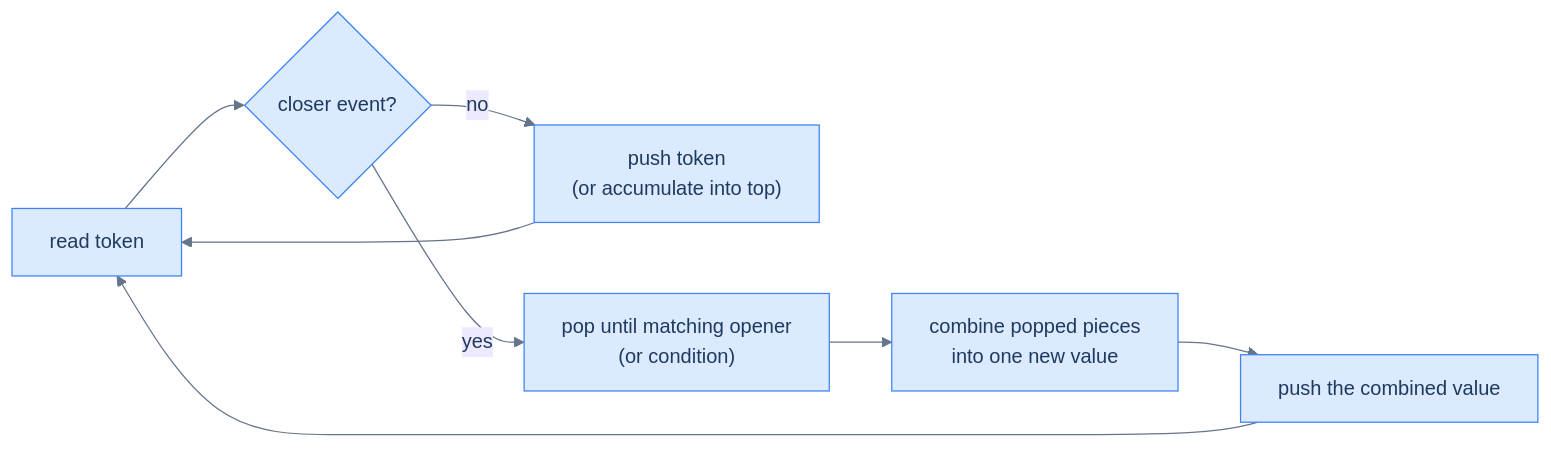
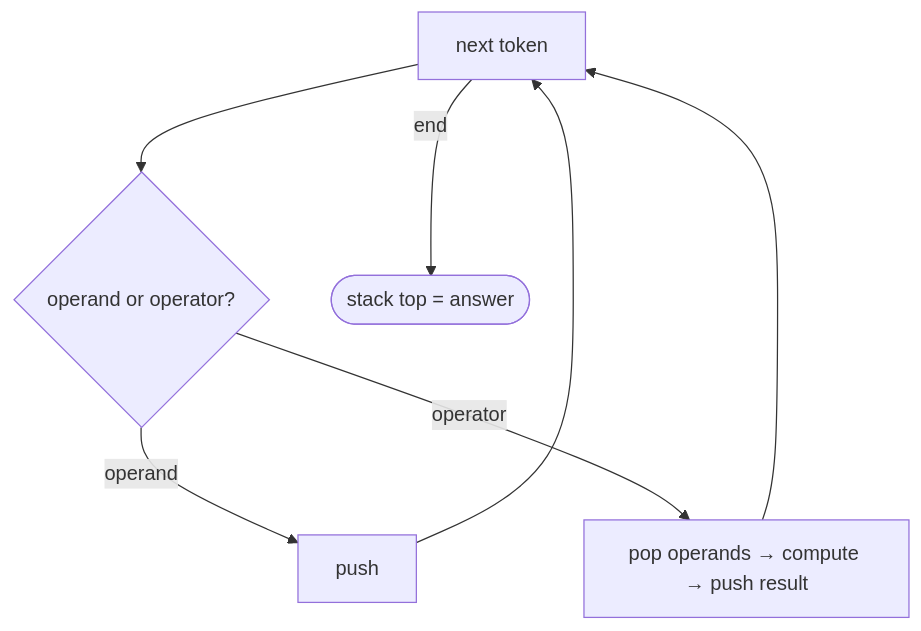
Before and after one commit to ani2fun/codefolio: the diagram in content/cortex/data-structures-and-algorithms/02-linear-structures/05-stack/12-pattern-linear-evaluation/01-pattern.md, drawn with Mermaid. The commit also changed other lines of this file and 1049 other files, not shown here.

````diff
--- a/content/cortex/data-structures-and-algorithms/02-linear-structures/05-stack/12-pattern-linear-evaluation/01-pattern.md
+++ b/content/cortex/data-structures-and-algorithms/02-linear-structures/05-stack/12-pattern-linear-evaluation/01-pattern.md
@@ -17,21 +47,9 @@
 ```mermaid
----
-config:
-  theme: base
-  themeVariables:
-    primaryColor: "#dbeafe"
-    primaryBorderColor: "#3b82f6"
-    primaryTextColor: "#1e3a5f"
-    lineColor: "#64748b"
-    secondaryColor: "#ede9fe"
-    tertiaryColor: "#fef9c3"
----
-flowchart LR
-    R["read token"] --> Q{"closer event?"}
-    Q -->|"no"| P["push token<br/>(or accumulate into top)"]
-    Q -->|"yes"| TRIG["pop until matching opener<br/>(or condition)"]
-    TRIG --> EVAL["combine popped pieces<br/>into one new value"]
-    EVAL --> PUSH["push the combined value"]
-    P --> R
-    PUSH --> R
+flowchart TB
+  T["next token"] --> Q{"operand or operator?"}
+  Q -->|"operand"| PU["push"]
+  Q -->|"operator"| OP["pop operands → compute → push result"]
+  PU --> T
+  OP --> T
+  T -->|"end"| R(["stack top = answer"])
 ```
````
